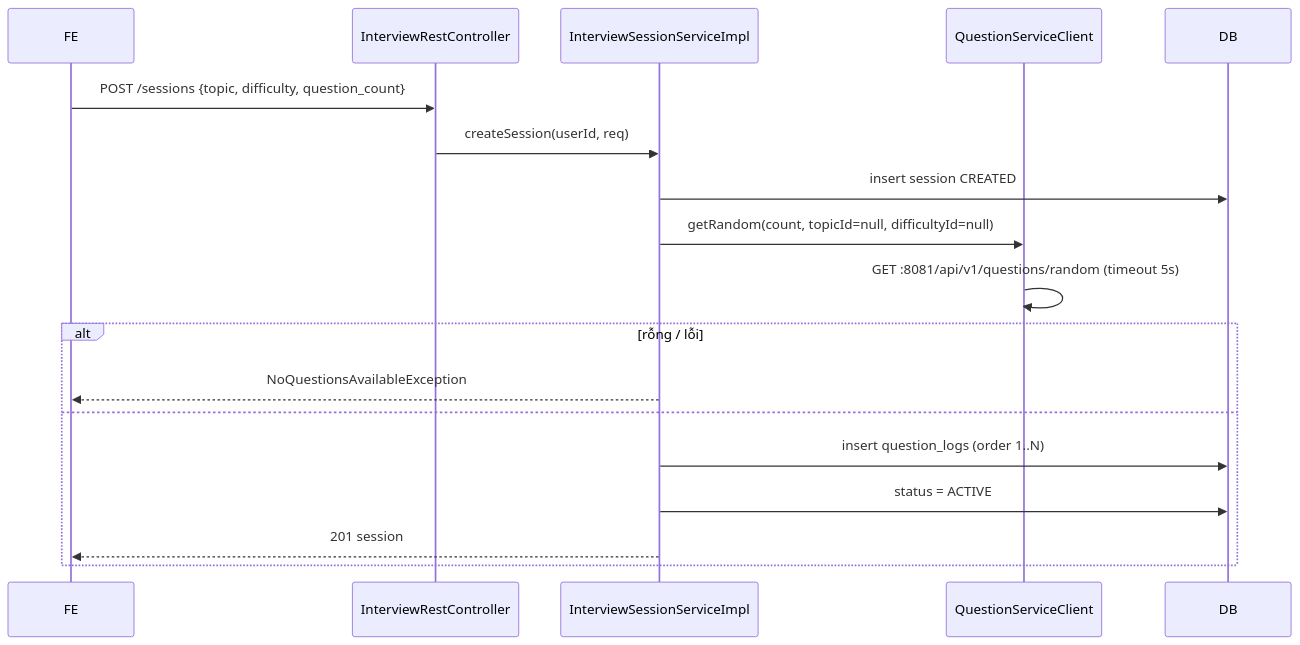
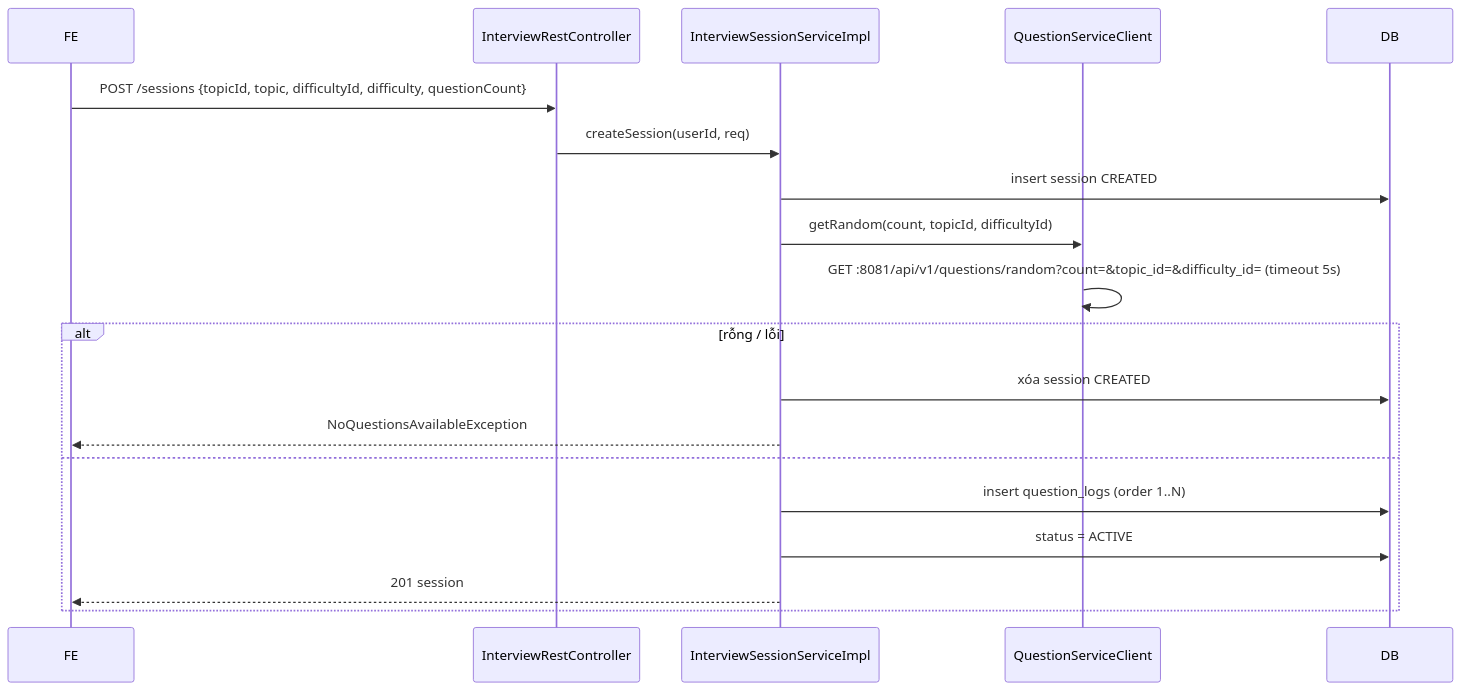
Before and after one commit to ngohoangg/intelli-hire: the third of 4 diagrams in docs/services/interview-service.md, drawn with Mermaid. The commit also changed other lines of this file and 19 other files, not shown here.

````diff
--- a/docs/services/interview-service.md
+++ b/docs/services/interview-service.md
@@ -109,20 +118,21 @@
 ```mermaid
 sequenceDiagram
     participant FE
     participant C as InterviewRestController
     participant S as InterviewSessionServiceImpl
     participant QC as QuestionServiceClient
     participant DB
-    FE->>C: POST /sessions {topic, difficulty, question_count}
+    FE->>C: POST /sessions {topicId, topic, difficultyId, difficulty, questionCount}
     C->>S: createSession(userId, req)
     S->>DB: insert session CREATED
-    S->>QC: getRandom(count, topicId=null, difficultyId=null)
-    QC->>QC: GET :8081/api/v1/questions/random (timeout 5s)
+    S->>QC: getRandom(count, topicId, difficultyId)
+    QC->>QC: GET :8081/api/v1/questions/random?count=&topic_id=&difficulty_id= (timeout 5s)
     alt rỗng / lỗi
+        S->>DB: xóa session CREATED
         S-->>FE: NoQuestionsAvailableException
     else
         S->>DB: insert question_logs (order 1..N)
         S->>DB: status = ACTIVE
         S-->>FE: 201 session
     end
 ```
````
